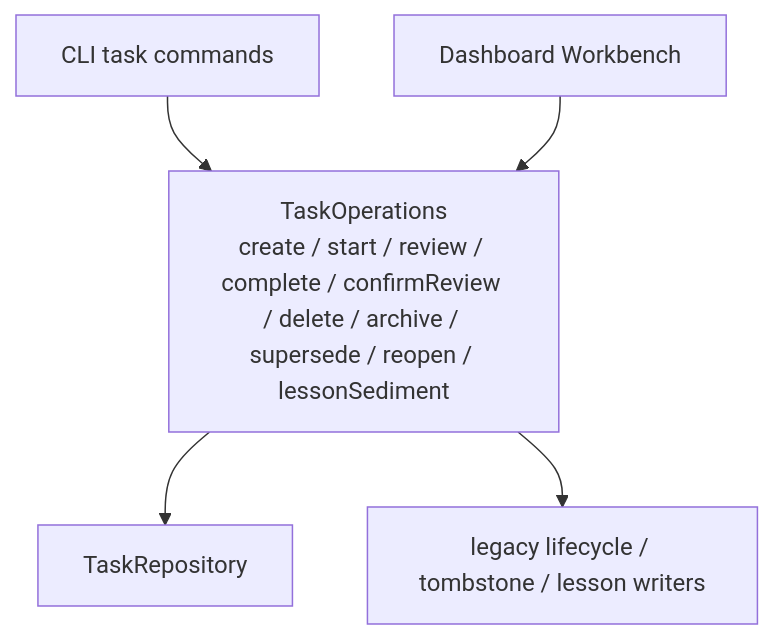
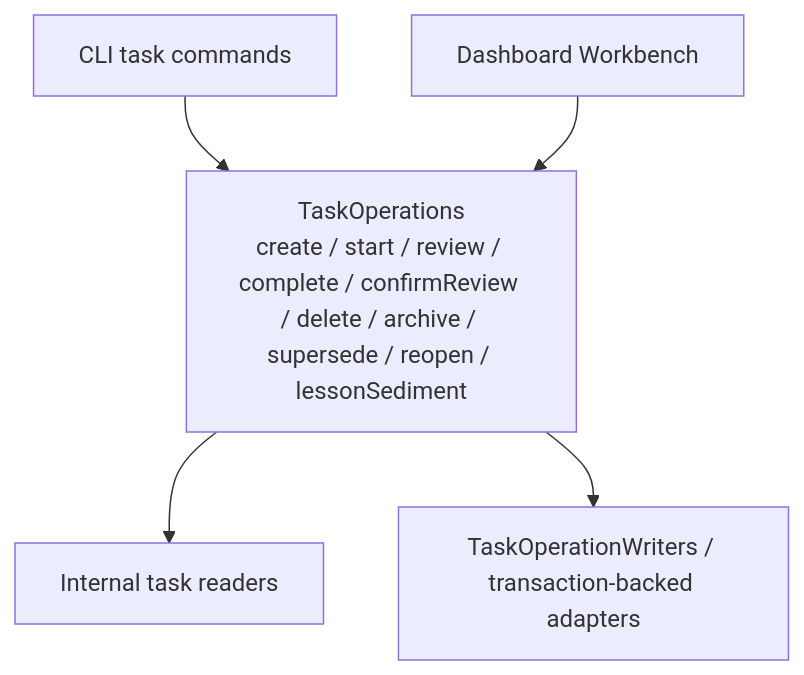
The fifth of 7 diagrams in docs-release/architecture/system-explainer/en-US/02-module-dependency.md (FairladyZ625/coding-agent-harness), drawn with Mermaid before and after one commit. The commit also changed other lines of this file and 8 other files, not shown here.

Commit message:
docs(architecture): align release docs with retired package surface

````diff
--- a/docs-release/architecture/system-explainer/en-US/02-module-dependency.md
+++ b/docs-release/architecture/system-explainer/en-US/02-module-dependency.md
@@ -105,13 +108,13 @@
 ```mermaid
 flowchart TD
   CLI["CLI task commands"]
   Workbench["Dashboard Workbench"]
   Ops["TaskOperations\ncreate / start / review / complete / confirmReview / delete / archive / supersede / reopen / lessonSediment"]
-  Repo["TaskRepository"]
-  LegacyWrite["legacy lifecycle / tombstone / lesson writers"]
+  Read["Internal task readers"]
+  Writers["TaskOperationWriters / transaction-backed adapters"]
 
   CLI --> Ops
   Workbench --> Ops
-  Ops --> Repo
-  Ops --> LegacyWrite
+  Ops --> Read
+  Ops --> Writers
 ```
````
